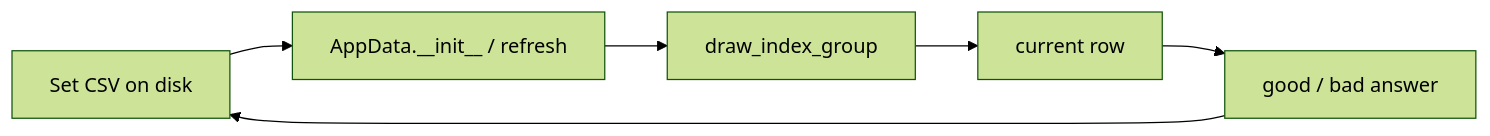
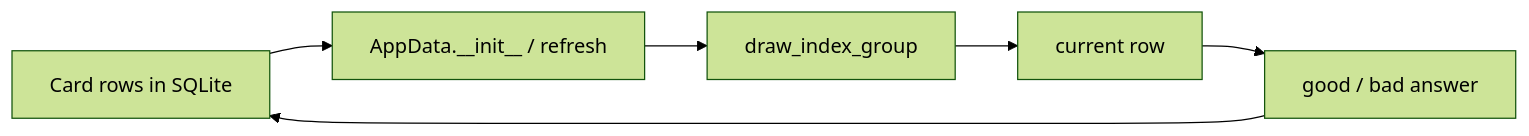
The diagram in docs/concepts/learning-algorithm.md (BartoszKog/my-first-learning-app), drawn with Mermaid (forest theme) before and after one commit. The commit also changed other lines of this file and 27 other files, not shown here.

First line of the commit message:
Document the local SQLite store and keep CSV as the import format.

````diff
--- a/docs/concepts/learning-algorithm.md
+++ b/docs/concepts/learning-algorithm.md
@@ -10,8 +11,8 @@
 ```mermaid
 flowchart LR
-    CSV[Set CSV on disk] --> Load[AppData.__init__ / refresh]
+    DB[Card rows in SQLite] --> Load[AppData.__init__ / refresh]
     Load --> Group[draw_index_group]
     Group --> Row[current row]
     Row --> Answer[good / bad answer]
-    Answer --> CSV
+    Answer --> DB
 ```
````
